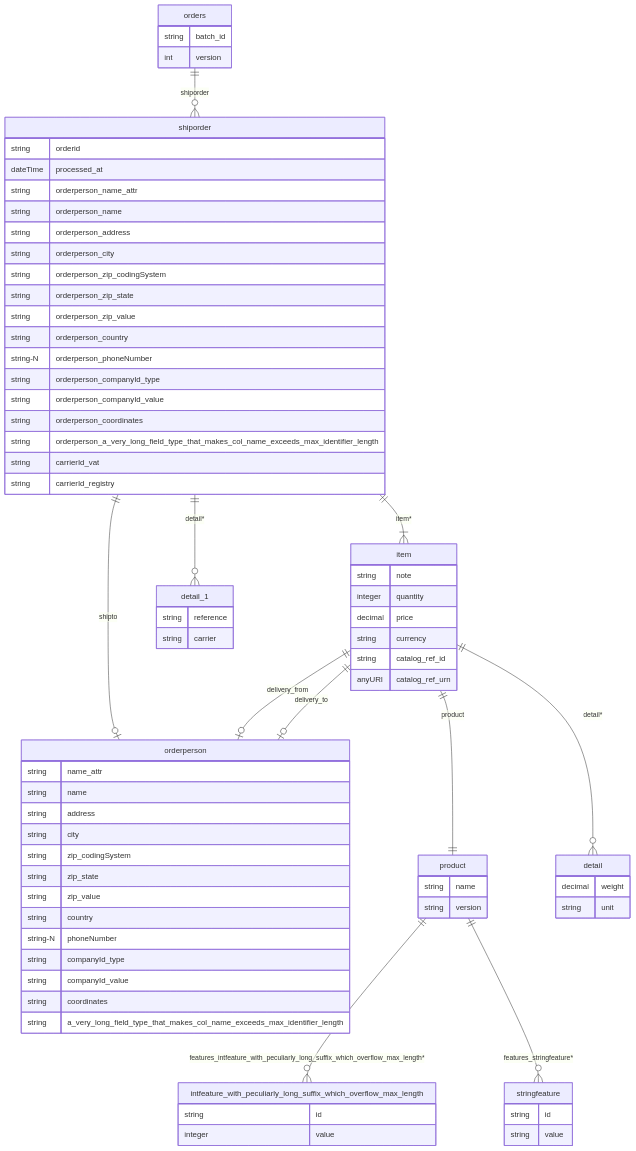
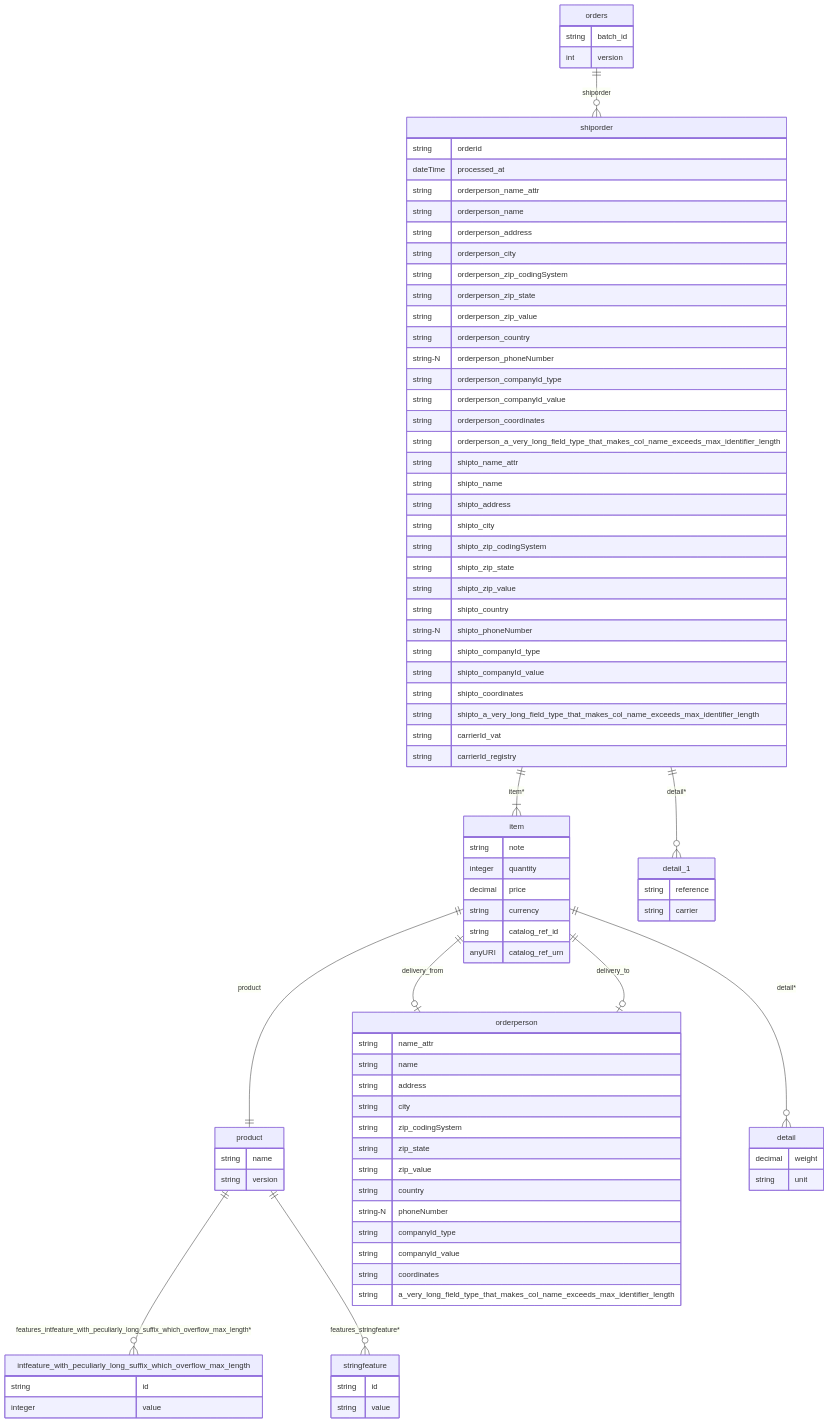
Before and after one commit to cre-dev/xml2db: the diagram in tests/sample_models/orders/orders_erd_version2.md, drawn with Mermaid. The commit also changed 14 other files, not shown here.

````diff
--- a/tests/sample_models/orders/orders_erd_version2.md
+++ b/tests/sample_models/orders/orders_erd_version2.md
@@ -1,6 +1,5 @@
 ```mermaid
 erDiagram
-    shiporder ||--o| orderperson : "shipto"
     shiporder ||--|{ item : "item*"
     shiporder ||--o{ detail_1 : "detail*"
     shiporder {
@@ -19,6 +18,19 @@
         string orderperson_companyId_value
         string orderperson_coordinates
         string orderperson_a_very_long_field_type_that_makes_col_name_exceeds_max_identifier_length
+        string shipto_name_attr
+        string shipto_name
+        string shipto_address
+        string shipto_city
+        string shipto_zip_codingSystem
+        string shipto_zip_state
+        string shipto_zip_value
+        string shipto_country
+        string-N shipto_phoneNumber
+        string shipto_companyId_type
+        string shipto_companyId_value
+        string shipto_coordinates
+        string shipto_a_very_long_field_type_that_makes_col_name_exceeds_max_identifier_length
         string carrierId_vat
         string carrierId_registry
     }
@@ -52,10 +64,6 @@
         decimal weight
         string unit
     }
-    detail_1 {
-        string reference
-        string carrier
-    }
     orderperson {
         string name_attr
         string name
@@ -71,6 +79,10 @@
         string coordinates
         string a_very_long_field_type_that_makes_col_name_exceeds_max_identifier_length
     }
+    detail_1 {
+        string reference
+        string carrier
+    }
     orders ||--o{ shiporder : "shiporder"
     orders {
         string batch_id
````
